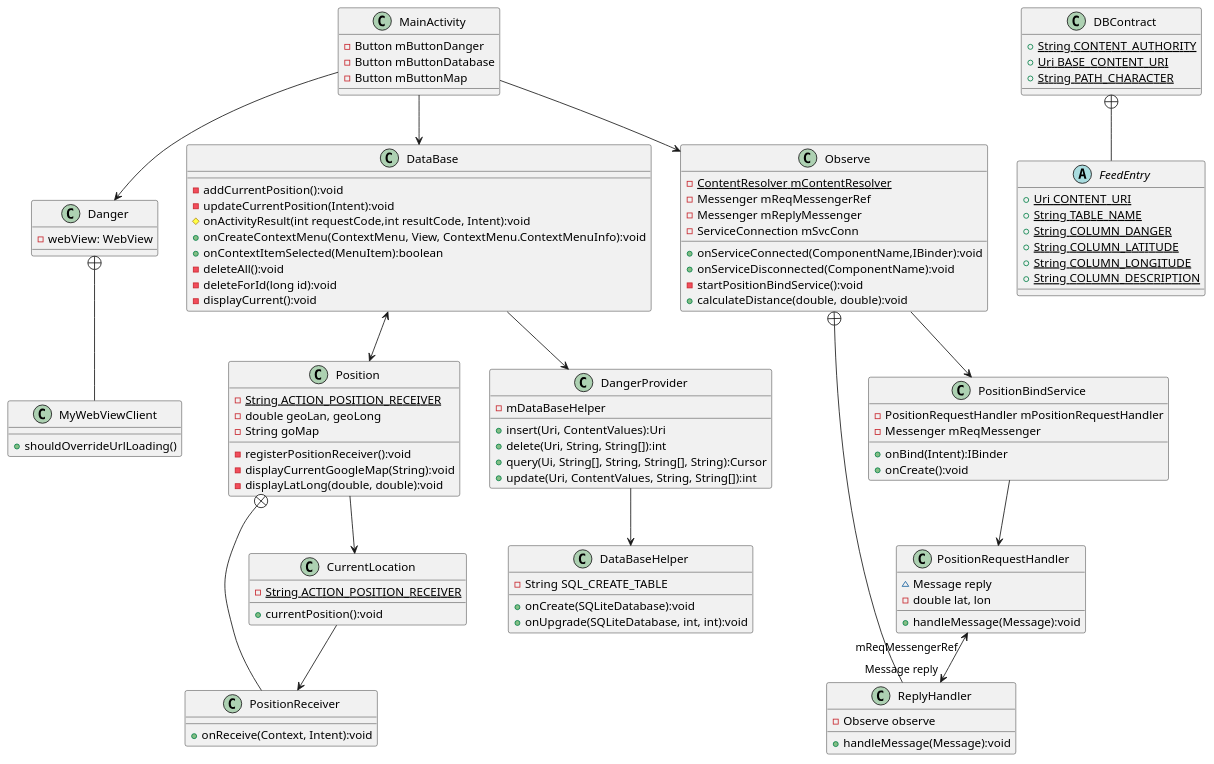
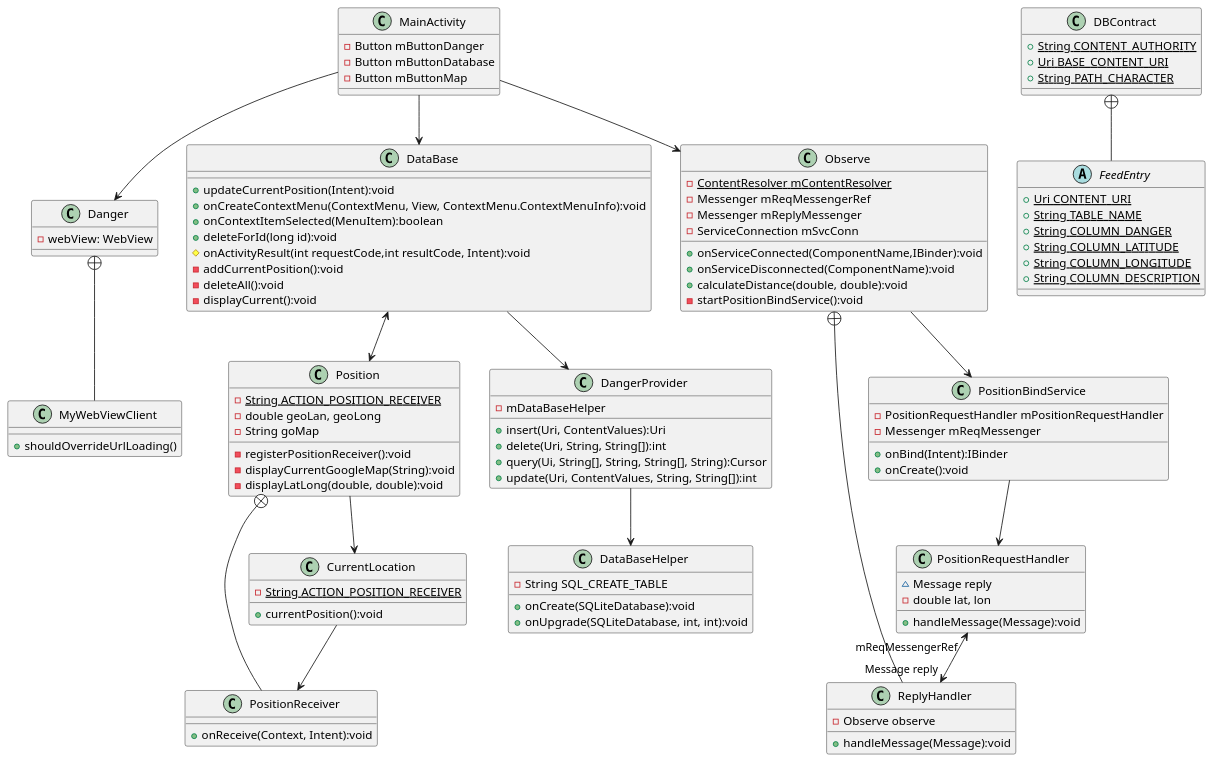
Before and after one commit to AlexYach1973/Capstone: the diagram in app/src/main/java/org/coursera/sustainableapps/caostoneproject/UML diagram.puml, drawn with PlantUML. The commit also changed 14 other files, not shown here.

```diff
--- a/app/src/main/java/org/coursera/sustainableapps/caostoneproject/UML diagram.puml
+++ b/app/src/main/java/org/coursera/sustainableapps/caostoneproject/UML diagram.puml
@@ -1,122 +1,122 @@
 @startuml
 'https://plantuml.com/class-diagram
 
 class MainActivity {
 -Button mButtonDanger
 -Button mButtonDatabase
 -Button mButtonMap
 
 }
 
 class Danger {
  -webView: WebView
 }
 
 class MyWebViewClient {
  +shouldOverrideUrlLoading()
 }
 
 class DataBase {
-- addCurrentPosition():void
-- updateCurrentPosition(Intent):void
-# onActivityResult(int requestCode,int resultCode, Intent):void
++ updateCurrentPosition(Intent):void
 + onCreateContextMenu(ContextMenu, View, ContextMenu.ContextMenuInfo):void
 + onContextItemSelected(MenuItem):boolean
++ deleteForId(long id):void
+# onActivityResult(int requestCode,int resultCode, Intent):void
+- addCurrentPosition():void
 - deleteAll():void
-- deleteForId(long id):void
 - displayCurrent():void
 }
 
 class Observe {
 - {static} ContentResolver mContentResolver
 - Messenger mReqMessengerRef
 -  Messenger mReplyMessenger
 - ServiceConnection mSvcConn
 + onServiceConnected(ComponentName,IBinder):void
 + onServiceDisconnected(ComponentName):void
++ calculateDistance(double, double):void
 - startPositionBindService():void
-+ calculateDistance(double, double):void
 }
 
 class ReplyHandler {
 - Observe observe
 + handleMessage(Message):void
 }
 
 class PositionBindService {
 - PositionRequestHandler mPositionRequestHandler
 - Messenger mReqMessenger
 + onBind(Intent):IBinder
 + onCreate():void
 }
 
 class PositionRequestHandler {
 ~ Message reply
 - double lat, lon
 + handleMessage(Message):void
 }
 
 class Position {
 - {static} String ACTION_POSITION_RECEIVER
 - double geoLan, geoLong
 - String goMap
 - registerPositionReceiver():void
 - displayCurrentGoogleMap(String):void
 - displayLatLong(double, double):void
 }
 
 class PositionReceiver {
 +  onReceive(Context, Intent):void
 }
 
 class CurrentLocation {
 - {static} String ACTION_POSITION_RECEIVER
 + currentPosition():void
 }
 
 class DataBaseHelper {
 - String SQL_CREATE_TABLE
 + onCreate(SQLiteDatabase):void
 + onUpgrade(SQLiteDatabase, int, int):void
 }
 
 class DangerProvider {
 - mDataBaseHelper
 + insert(Uri, ContentValues):Uri
 + delete(Uri, String, String[]):int
 + query(Ui, String[], String, String[], String):Cursor
 + update(Uri, ContentValues, String, String[]):int
 }
 
 class DBContract {
 + {static} String CONTENT_AUTHORITY
 + {static} Uri BASE_CONTENT_URI
 + {static} String PATH_CHARACTER
 }
 
 abstract class FeedEntry {
 + {static} Uri CONTENT_URI
 + {static} String TABLE_NAME
 + {static} String COLUMN_DANGER
 + {static} String COLUMN_LATITUDE
 + {static} String COLUMN_LONGITUDE
 + {static} String COLUMN_DESCRIPTION
 }
 
 MainActivity --> Danger
 MainActivity --> Observe
 MainActivity --> DataBase
 DataBase <--> Position
 DataBase --> DangerProvider
 DBContract +-- FeedEntry
 Position +-- PositionReceiver
 Observe +-- ReplyHandler
 Observe --> PositionBindService
 PositionBindService --> PositionRequestHandler
 PositionRequestHandler "mReqMessengerRef" <--> "Message reply" ReplyHandler
 DangerProvider --> DataBaseHelper
 Danger +-- MyWebViewClient
 Position --> CurrentLocation
 CurrentLocation --> PositionReceiver
 
 @enduml
```
